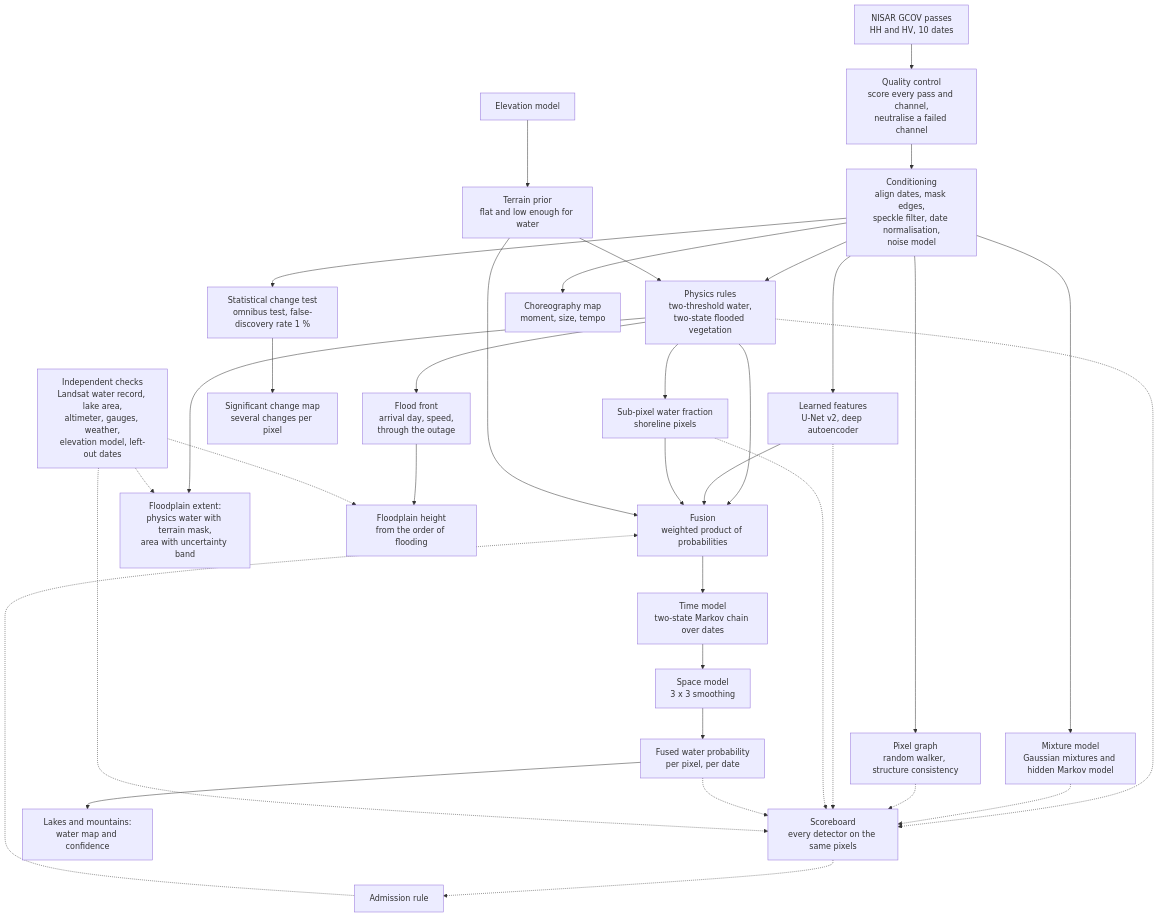
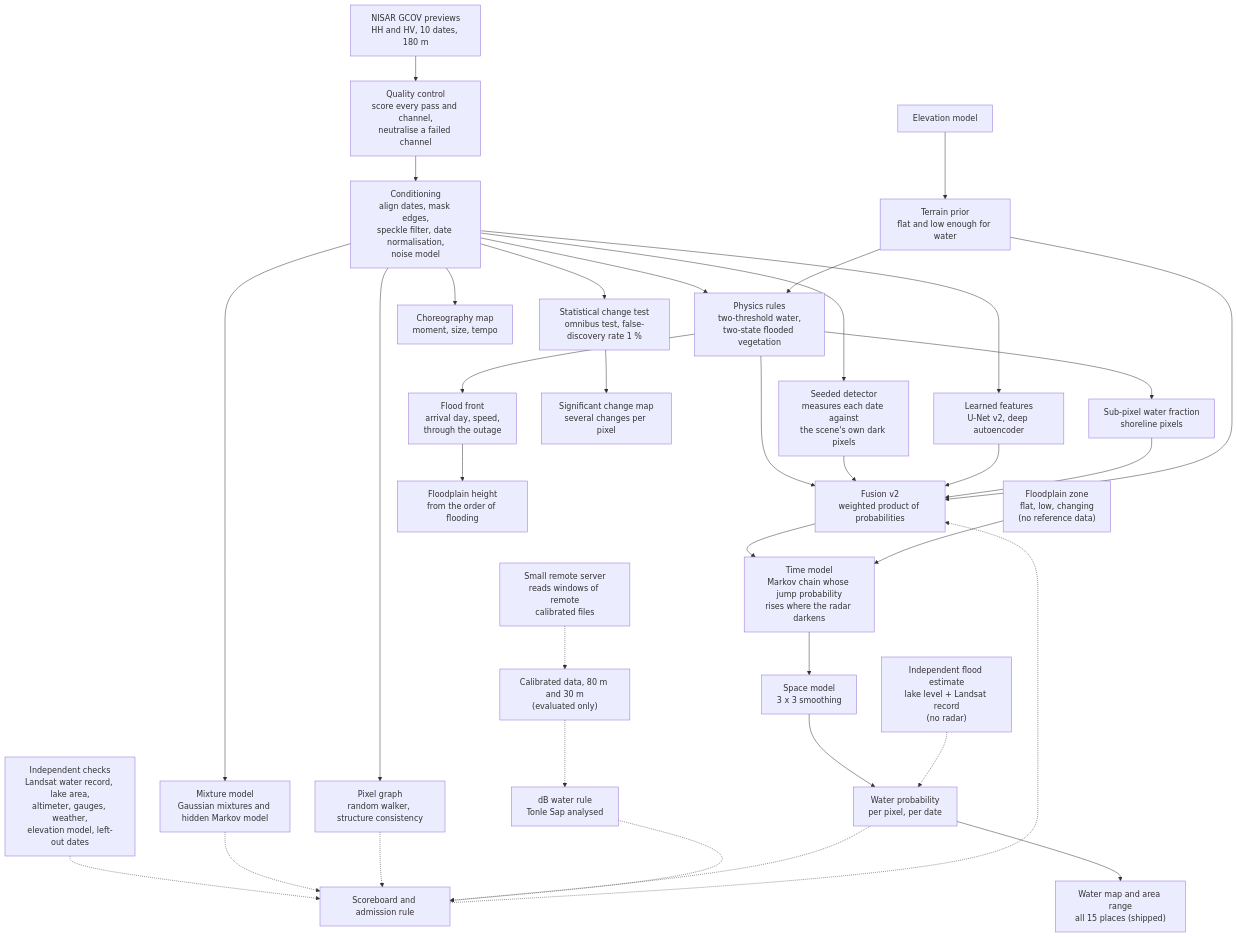
One commit to Harut200/Nasa-Space-App-Challange-2026 changed the diagram in docs/ARCHITECTURE.md. Above: the diagram before and after it, drawn with Mermaid. The commit also changed other lines of this file and 9 other files, not shown here.

Commit message:
Update method, architecture, README and handoff for the evening results; add Pantanal and Lake Chad stories; take server address defaults out of scripts

````diff
--- a/docs/ARCHITECTURE.md
+++ b/docs/ARCHITECTURE.md
@@ -15,43 +15,43 @@
 ```mermaid
 flowchart TD
-    A["NISAR GCOV passes<br/>HH and HV, 10 dates"] --> QC["Quality control<br/>score every pass and channel,<br/>neutralise a failed channel"]
+    A["NISAR GCOV previews<br/>HH and HV, 10 dates, 180 m"] --> QC["Quality control<br/>score every pass and channel,<br/>neutralise a failed channel"]
     QC --> B["Conditioning<br/>align dates, mask edges,<br/>speckle filter, date normalisation,<br/>noise model"]
 
     T["Elevation model"] --> P1["Terrain prior<br/>flat and low enough for water"]
 
     B --> E1["Physics rules<br/>two-threshold water,<br/>two-state flooded vegetation"]
     P1 --> E1
+    B --> E7["Seeded detector<br/>measures each date against<br/>the scene's own dark pixels"]
     B --> E2["Mixture model<br/>Gaussian mixtures and hidden Markov model"]
     B --> E3["Statistical change test<br/>omnibus test, false-discovery rate 1 %"]
     B --> E4["Pixel graph<br/>random walker, structure consistency"]
     B --> E5["Learned features<br/>U-Net v2, deep autoencoder"]
     E1 --> E6["Sub-pixel water fraction<br/>shoreline pixels"]
 
-    E1 --> F["Fusion<br/>weighted product of probabilities"]
+    E1 --> F["Fusion v2<br/>weighted product of probabilities"]
+    E7 --> F
     E5 --> F
     E6 --> F
     P1 --> F
-    F --> H["Time model<br/>two-state Markov chain over dates"]
+    F --> H["Time model<br/>Markov chain whose jump probability<br/>rises where the radar darkens"]
+    FP["Floodplain zone<br/>flat, low, changing<br/>(no reference data)"] --> H
     H --> S["Space model<br/>3 x 3 smoothing"]
-    S --> R["Fused water probability<br/>per pixel, per date"]
+    S --> R["Water probability<br/>per pixel, per date"]
+    R --> O1["Water map and area range<br/>all 15 places (shipped)"]
 
-    E1 -.-> SB["Scoreboard<br/>every detector on the same pixels"]
-    E2 -.-> SB
-    E4 -.-> SB
-    E5 -.-> SB
-    E6 -.-> SB
-    R -.-> SB
-    SB -.-> AR["Admission rule"]
-    AR -.-> F
-
-    R --> O1["Lakes and mountains:<br/>water map and confidence"]
-    E1 --> O7["Floodplain extent:<br/>physics water with terrain mask,<br/>area with uncertainty band"]
     E3 --> O2["Significant change map<br/>several changes per pixel"]
     E1 --> O4["Flood front<br/>arrival day, speed,<br/>through the outage"]
     O4 --> O5["Floodplain height<br/>from the order of flooding"]
     B --> O6["Choreography map<br/>moment, size, tempo"]
 
-    V["Independent checks<br/>Landsat water record, lake area,<br/>altimeter, gauges, weather,<br/>elevation model, left-out dates"] -.-> SB
-    V -.-> O7
-    V -.-> O5
+    HY["Independent flood estimate<br/>lake level + Landsat record<br/>(no radar)"] -.-> R
+    V["Independent checks<br/>Landsat water record, lake area,<br/>altimeter, gauges, weather,<br/>elevation model, left-out dates"] -.-> SB["Scoreboard and admission rule"]
+    E2 -.-> SB
+    E4 -.-> SB
+    R -.-> SB
+    SB -.-> F
+
+    RS["Small remote server<br/>reads windows of remote<br/>calibrated files"] -.-> CD["Calibrated data, 80 m and 30 m<br/>(evaluated only)"]
+    CD -.-> DB["dB water rule<br/>Tonle Sap analysed"]
+    DB -.-> SB
 ```
````
